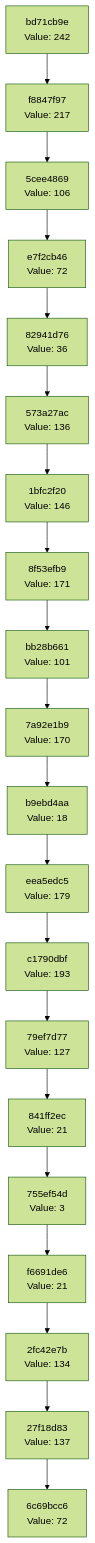
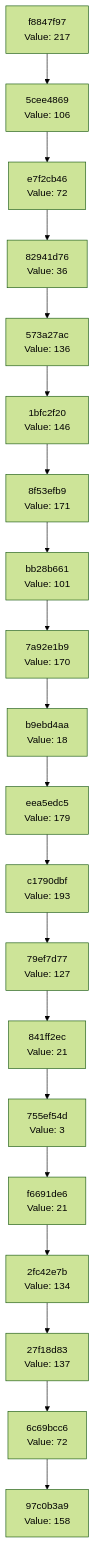
Before and after one commit to Abhisheksinha1506/hash-chain-evolver: the diagram in docs/CHAIN_VISUALIZATION.md, drawn with Mermaid (forest theme). The commit also changed 2 other files, not shown here.

Commit message:
Evolution step: hash 0x9E → action executed

````diff
--- a/docs/CHAIN_VISUALIZATION.md
+++ b/docs/CHAIN_VISUALIZATION.md
@@ -3,42 +3,42 @@
 ```mermaid
 graph TD
-    C0["6c69bcc6<br/>Value: 72"]
-    C1["27f18d83<br/>Value: 137"]
+    C0["97c0b3a9<br/>Value: 158"]
+    C1["6c69bcc6<br/>Value: 72"]
     C1 --> C0
-    C2["2fc42e7b<br/>Value: 134"]
+    C2["27f18d83<br/>Value: 137"]
     C2 --> C1
-    C3["f6691de6<br/>Value: 21"]
+    C3["2fc42e7b<br/>Value: 134"]
     C3 --> C2
-    C4["755ef54d<br/>Value: 3"]
+    C4["f6691de6<br/>Value: 21"]
     C4 --> C3
-    C5["841ff2ec<br/>Value: 21"]
+    C5["755ef54d<br/>Value: 3"]
     C5 --> C4
-    C6["79ef7d77<br/>Value: 127"]
+    C6["841ff2ec<br/>Value: 21"]
     C6 --> C5
-    C7["c1790dbf<br/>Value: 193"]
+    C7["79ef7d77<br/>Value: 127"]
     C7 --> C6
-    C8["eea5edc5<br/>Value: 179"]
+    C8["c1790dbf<br/>Value: 193"]
     C8 --> C7
-    C9["b9ebd4aa<br/>Value: 18"]
+    C9["eea5edc5<br/>Value: 179"]
     C9 --> C8
-    C10["7a92e1b9<br/>Value: 170"]
+    C10["b9ebd4aa<br/>Value: 18"]
     C10 --> C9
-    C11["bb28b661<br/>Value: 101"]
+    C11["7a92e1b9<br/>Value: 170"]
     C11 --> C10
-    C12["8f53efb9<br/>Value: 171"]
+    C12["bb28b661<br/>Value: 101"]
     C12 --> C11
-    C13["1bfc2f20<br/>Value: 146"]
+    C13["8f53efb9<br/>Value: 171"]
     C13 --> C12
-    C14["573a27ac<br/>Value: 136"]
+    C14["1bfc2f20<br/>Value: 146"]
     C14 --> C13
-    C15["82941d76<br/>Value: 36"]
+    C15["573a27ac<br/>Value: 136"]
     C15 --> C14
-    C16["e7f2cb46<br/>Value: 72"]
+    C16["82941d76<br/>Value: 36"]
     C16 --> C15
-    C17["5cee4869<br/>Value: 106"]
+    C17["e7f2cb46<br/>Value: 72"]
     C17 --> C16
-    C18["f8847f97<br/>Value: 217"]
+    C18["5cee4869<br/>Value: 106"]
     C18 --> C17
-    C19["bd71cb9e<br/>Value: 242"]
+    C19["f8847f97<br/>Value: 217"]
     C19 --> C18
 ```
````
